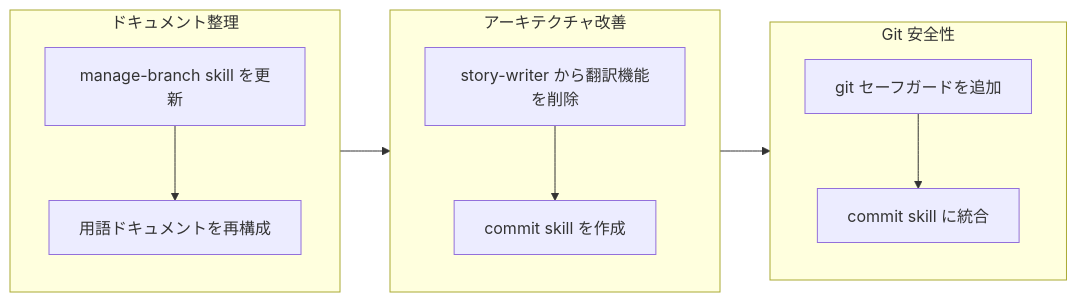
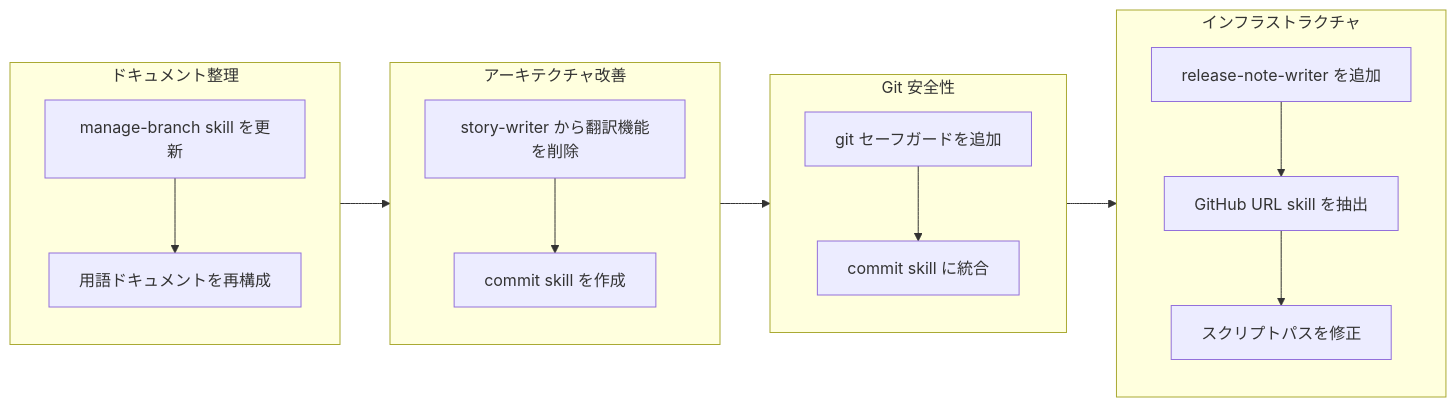
Before and after one commit to qmu/workaholic: the diagram in .workaholic/stories/drive-20260204-160722_ja.md, drawn with Mermaid. The commit also changed other lines of this file and 5 other files, not shown here.

````diff
--- a/.workaholic/stories/drive-20260204-160722_ja.md
+++ b/.workaholic/stories/drive-20260204-160722_ja.md
@@ -29,19 +29,24 @@
 ```mermaid
 flowchart LR
   subgraph Documentation[ドキュメント整理]
     direction TB
     d1[manage-branch skill を更新] --> d2[用語ドキュメントを再構成]
   end
 
   subgraph Architecture[アーキテクチャ改善]
     direction TB
     a1[story-writer から翻訳機能を削除] --> a2[commit skill を作成]
   end
 
   subgraph Safety[Git 安全性]
     direction TB
     s1[git セーフガードを追加] --> s2[commit skill に統合]
   end
 
-  Documentation --> Architecture --> Safety
+  subgraph Infrastructure[インフラストラクチャ]
+    direction TB
+    i1[release-note-writer を追加] --> i2[GitHub URL skill を抽出] --> i3[スクリプトパスを修正]
+  end
+
+  Documentation --> Architecture --> Safety --> Infrastructure
 ```
````
